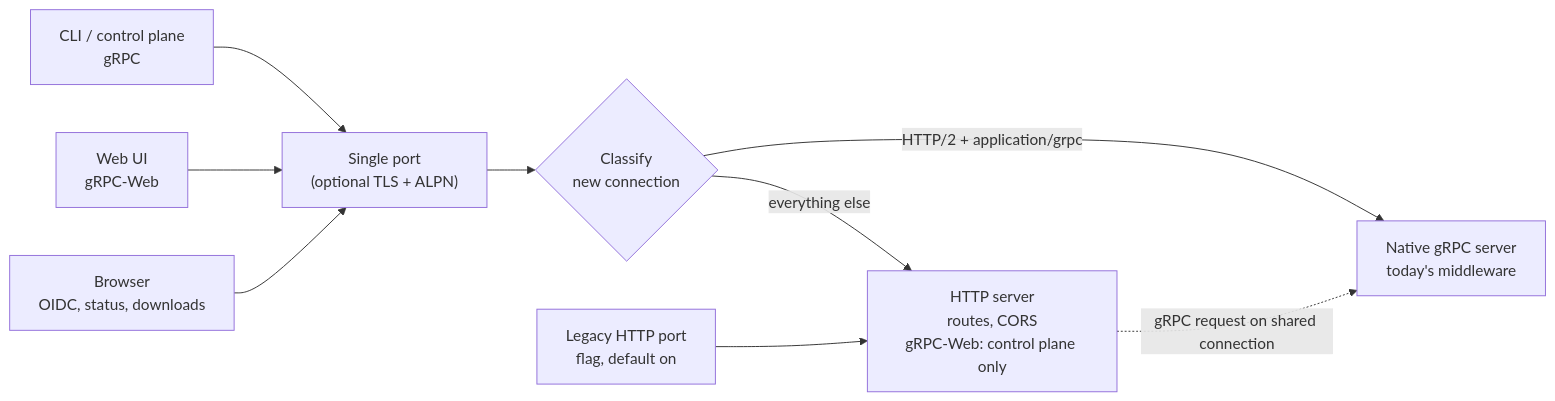
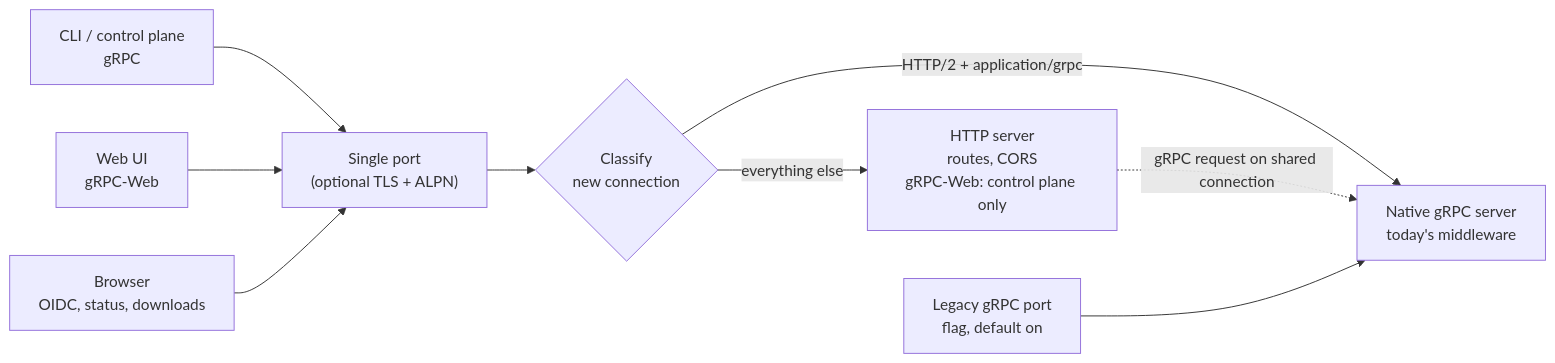
Before and after one commit to chainloop-dev/chainloop: the diagram in docs/specs/issue-3628-single-endpoint.md, drawn with Mermaid. The commit also changed other lines of this file, not shown here.

First line of the commit message:
spec: issue-3628 make the HTTP port the single endpoint

````diff
--- a/docs/specs/issue-3628-single-endpoint.md
+++ b/docs/specs/issue-3628-single-endpoint.md
@@ -119,11 +119,11 @@
 ```mermaid
 flowchart LR
   CLI[CLI / control plane<br/>gRPC] --> L
   UI[Web UI<br/>gRPC-Web] --> L
   B[Browser<br/>OIDC, status, downloads] --> L
   L["Single port<br/>(optional TLS + ALPN)"] --> C{Classify<br/>new connection}
   C -- "HTTP/2 + application/grpc" --> G[Native gRPC server<br/>today's middleware]
   C -- "everything else" --> H[HTTP server<br/>routes, CORS<br/>gRPC-Web: control plane only]
   H -. "gRPC request on shared connection" .-> G
-  LH[Legacy HTTP port<br/>flag, default on] --> H
+  LG[Legacy gRPC port<br/>flag, default on] --> G
 ```
````
